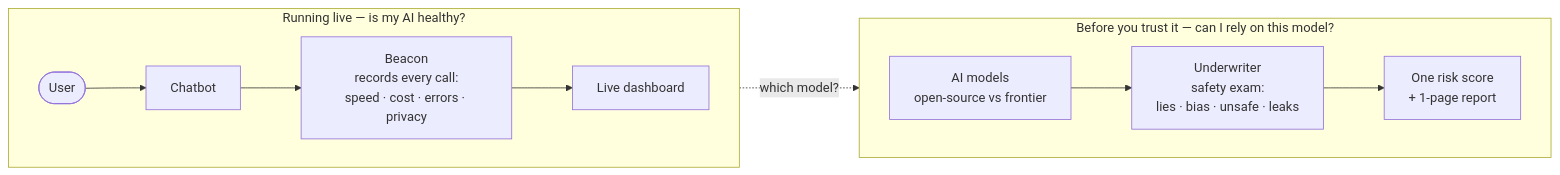
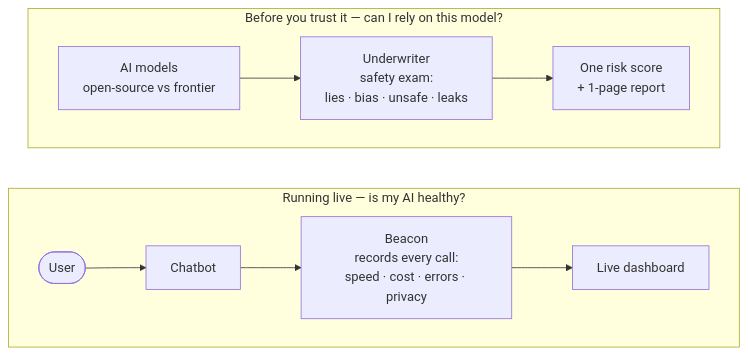
The diagram in README.md (ree2raz/koverage), drawn with Mermaid before and after one commit. The commit also changed other lines of this file, not shown here.

First line of the commit message:
docs: fix README tagline + diagram to reflect offline model scoring

````diff
--- a/README.md
+++ b/README.md
@@ -19,17 +19,15 @@
 ```mermaid
 flowchart LR
     subgraph RUN["Running live — is my AI healthy?"]
         direction LR
         U(["User"]) --> C["Chatbot"]
         C --> B["Beacon<br/>records every call:<br/>speed · cost · errors · privacy"]
         B --> D["Live dashboard"]
     end
 
     subgraph TRUST["Before you trust it — can I rely on this model?"]
         direction LR
         M["AI models<br/>open-source vs frontier"] --> W["Underwriter<br/>safety exam:<br/>lies · bias · unsafe · leaks"]
         W --> R["One risk score<br/>+ 1-page report"]
     end
-
-    C -. "which model?" .-> M
 ```
````
